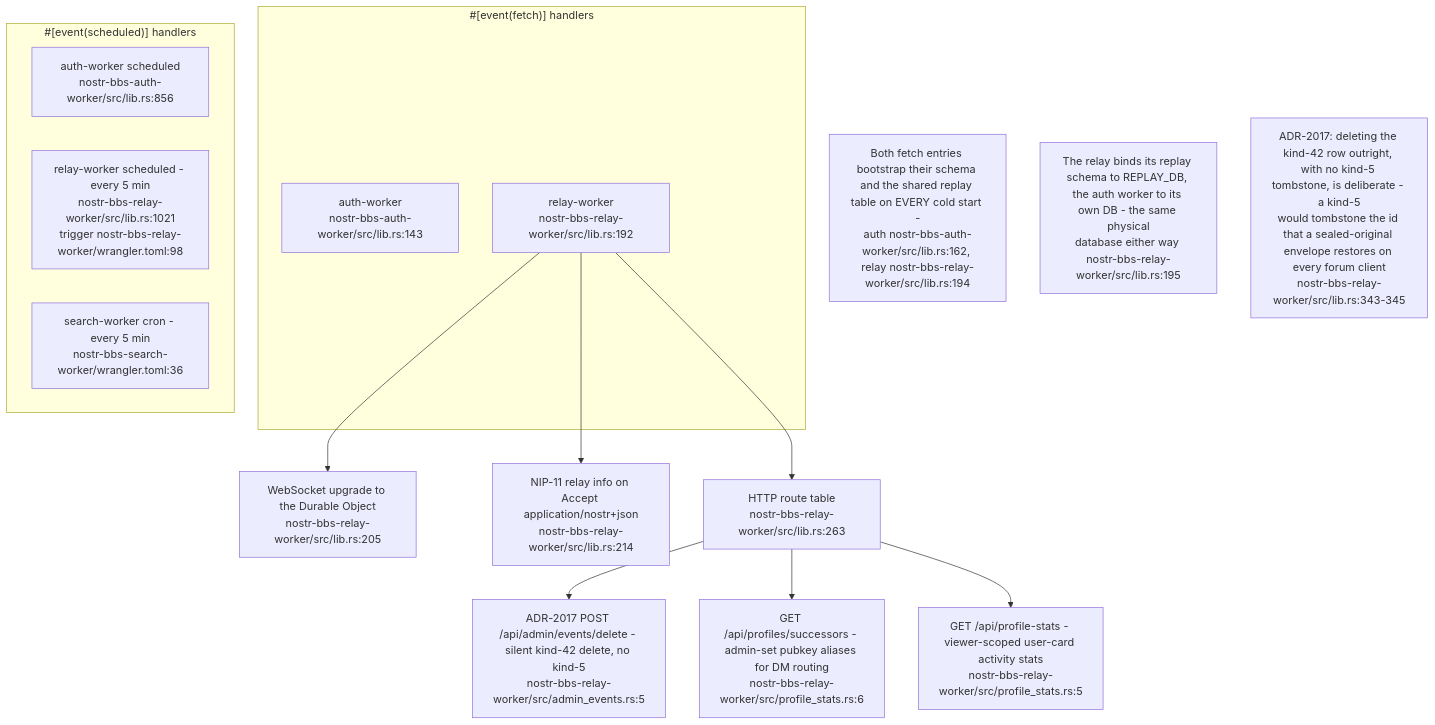
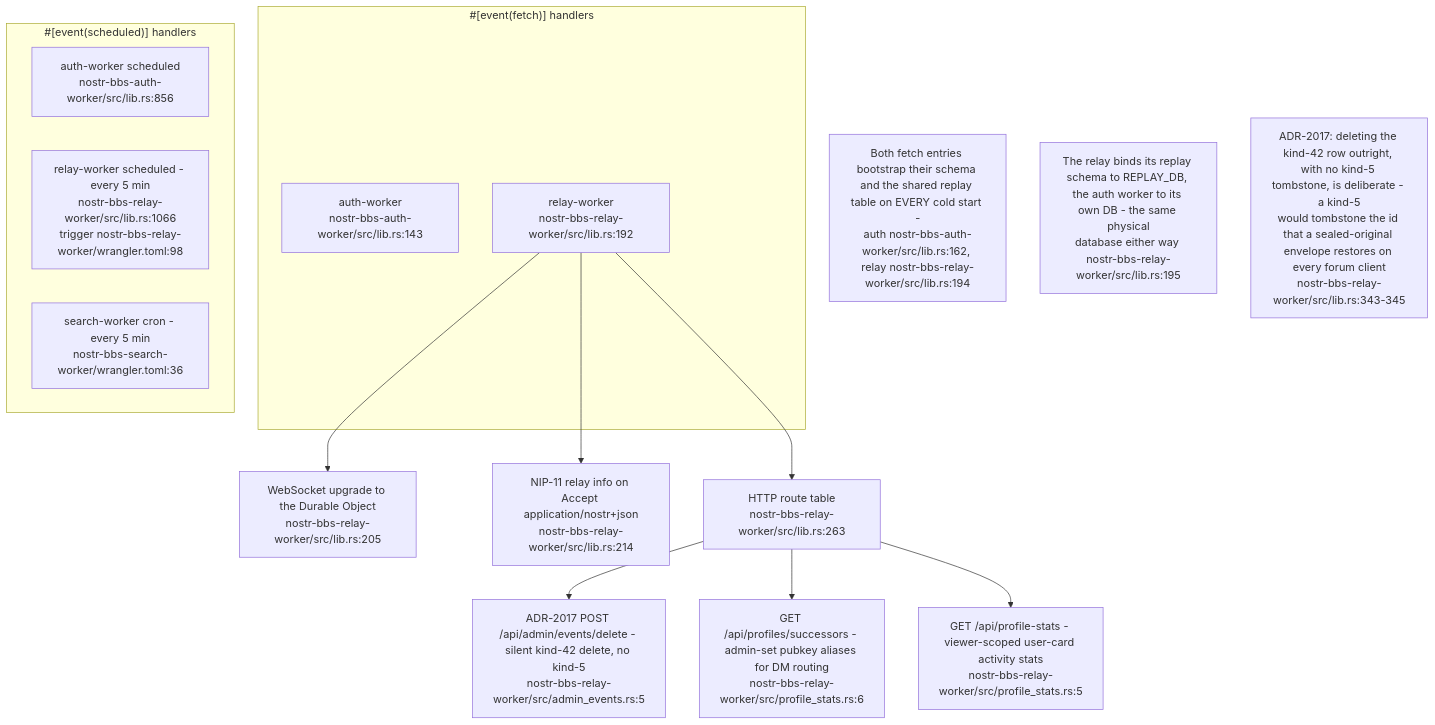
One commit to DreamLab-AI/VisionFlow changed the third of 6 diagrams in docs/diagrams/nostr-rust-forum/01-workspace-and-worker-topology.md. Above: the diagram before and after it, drawn with Mermaid. The commit also changed other lines of this file and 26 other files, not shown here.

First line of the commit message:
docs(diagrams): re-verify solid-pod-rs, nostr-rust-forum and visionclaw 22/36 against HEAD

````diff
--- a/docs/diagrams/nostr-rust-forum/01-workspace-and-worker-topology.md
+++ b/docs/diagrams/nostr-rust-forum/01-workspace-and-worker-topology.md
@@ -112,29 +112,29 @@
 ```mermaid
 flowchart TB
     subgraph fetchentry["#[event(fetch)] handlers"]
         A["auth-worker<br/>nostr-bbs-auth-worker/src/lib.rs:143"]
         R["relay-worker<br/>nostr-bbs-relay-worker/src/lib.rs:192"]
     end
     subgraph cronentry["#[event(scheduled)] handlers"]
         AC["auth-worker scheduled<br/>nostr-bbs-auth-worker/src/lib.rs:856"]
-        RC["relay-worker scheduled - every 5 min<br/>nostr-bbs-relay-worker/src/lib.rs:1021<br/>trigger nostr-bbs-relay-worker/wrangler.toml:98"]
+        RC["relay-worker scheduled - every 5 min<br/>nostr-bbs-relay-worker/src/lib.rs:1066<br/>trigger nostr-bbs-relay-worker/wrangler.toml:98"]
         SC["search-worker cron - every 5 min<br/>nostr-bbs-search-worker/wrangler.toml:36"]
     end
     WSUP["WebSocket upgrade to the Durable Object<br/>nostr-bbs-relay-worker/src/lib.rs:205"]
     NIP11["NIP-11 relay info on Accept application/nostr+json<br/>nostr-bbs-relay-worker/src/lib.rs:214"]
     HTTPR["HTTP route table<br/>nostr-bbs-relay-worker/src/lib.rs:263"]
     ADMDEL["ADR-2017 POST /api/admin/events/delete - silent kind-42 delete, no kind-5<br/>nostr-bbs-relay-worker/src/admin_events.rs:5"]
     SUCC["GET /api/profiles/successors - admin-set pubkey aliases for DM routing<br/>nostr-bbs-relay-worker/src/profile_stats.rs:6"]
     PSTATS["GET /api/profile-stats - viewer-scoped user-card activity stats<br/>nostr-bbs-relay-worker/src/profile_stats.rs:5"]
 
     R --> WSUP
     R --> NIP11
     R --> HTTPR
     HTTPR --> ADMDEL
     HTTPR --> SUCC
     HTTPR --> PSTATS
 
     N1["Both fetch entries bootstrap their schema and the shared replay table on EVERY cold start -<br/>auth nostr-bbs-auth-worker/src/lib.rs:162, relay nostr-bbs-relay-worker/src/lib.rs:194"]
     N2["The relay binds its replay schema to REPLAY_DB, the auth worker to its own DB - the same physical<br/>database either way nostr-bbs-relay-worker/src/lib.rs:195"]
     N3["ADR-2017: deleting the kind-42 row outright, with no kind-5 tombstone, is deliberate - a kind-5<br/>would tombstone the id that a sealed-original envelope restores on every forum client<br/>nostr-bbs-relay-worker/src/lib.rs:343-345"]
 ```
````
